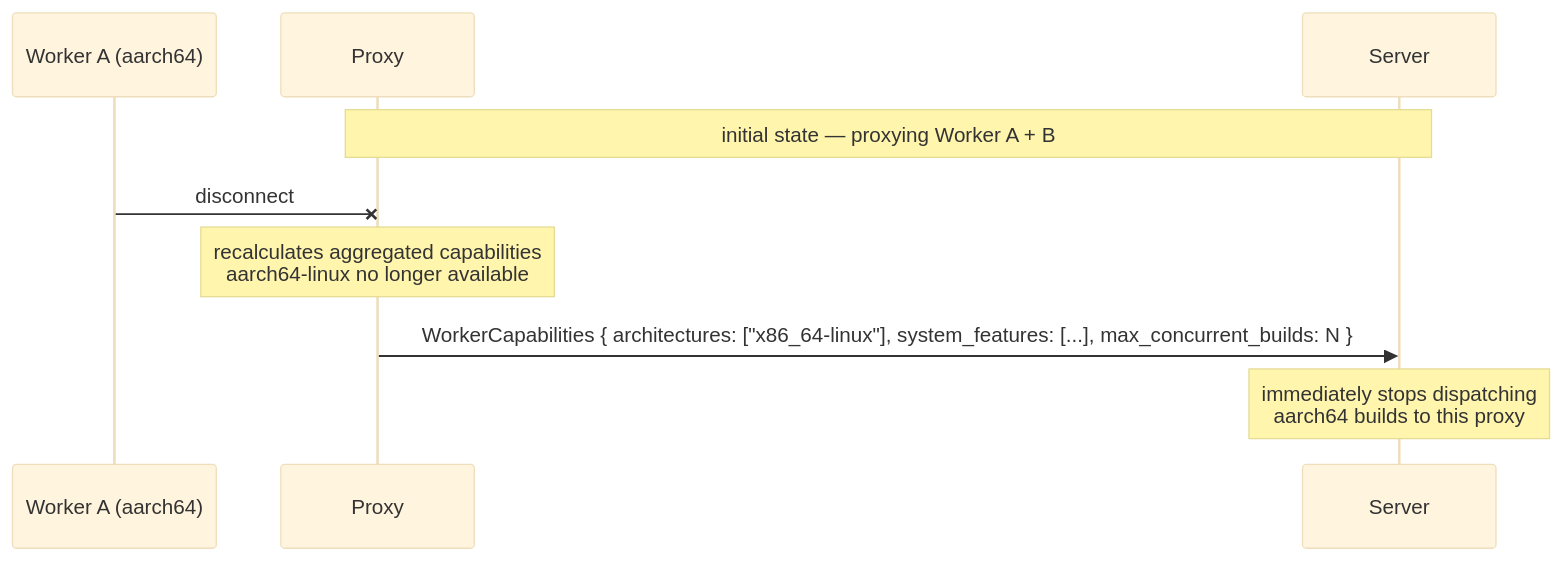
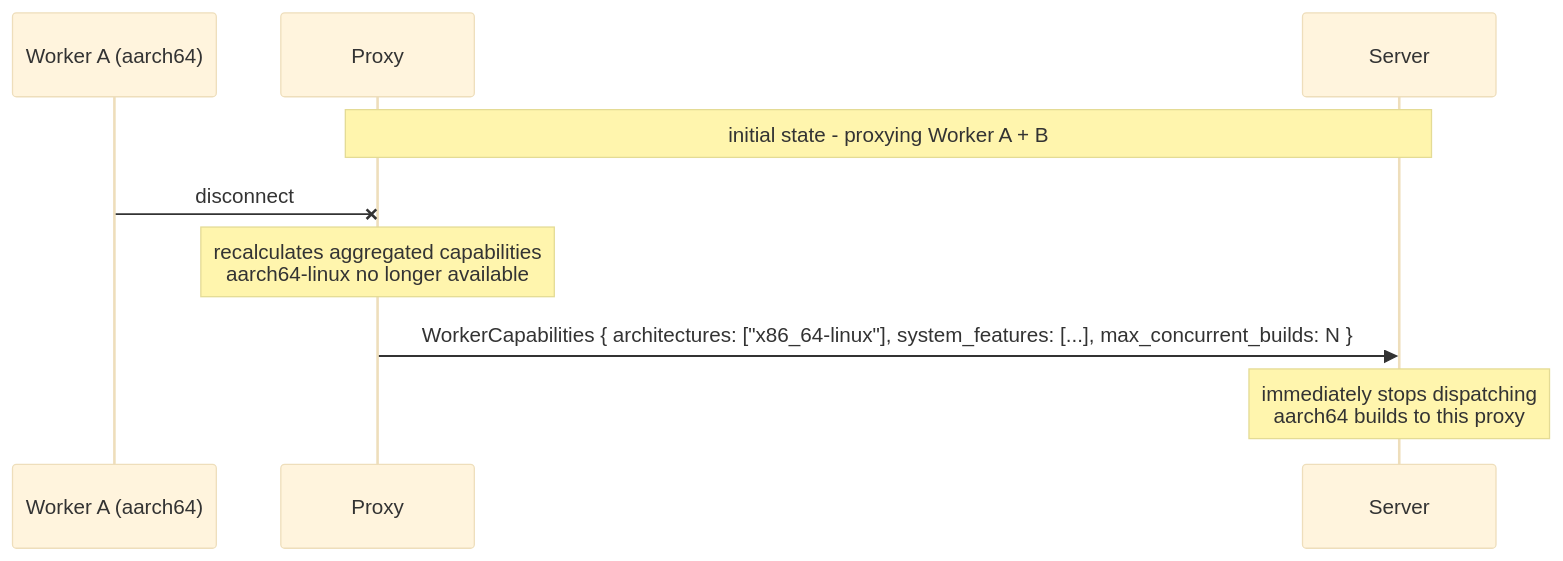
Before and after one commit to wavelens/gradient: the seventh of 25 diagrams in docs/src/development/proto.md, drawn with Mermaid (base theme). The commit also changed other lines of this file and 266 other files, not shown here.

````diff
--- a/docs/src/development/proto.md
+++ b/docs/src/development/proto.md
@@ -244,12 +244,12 @@
 ```mermaid
 sequenceDiagram
     participant WA as Worker A (aarch64)
     participant P as Proxy
     participant S as Server
 
-    Note over P,S: initial state — proxying Worker A + B
+    Note over P,S: initial state - proxying Worker A + B
     WA-xP: disconnect
     Note over P: recalculates aggregated capabilities<br/>aarch64-linux no longer available
     P->>S: WorkerCapabilities { architectures: ["x86_64-linux"], system_features: [...], max_concurrent_builds: N }
     Note over S: immediately stops dispatching<br/>aarch64 builds to this proxy
 ```
````
